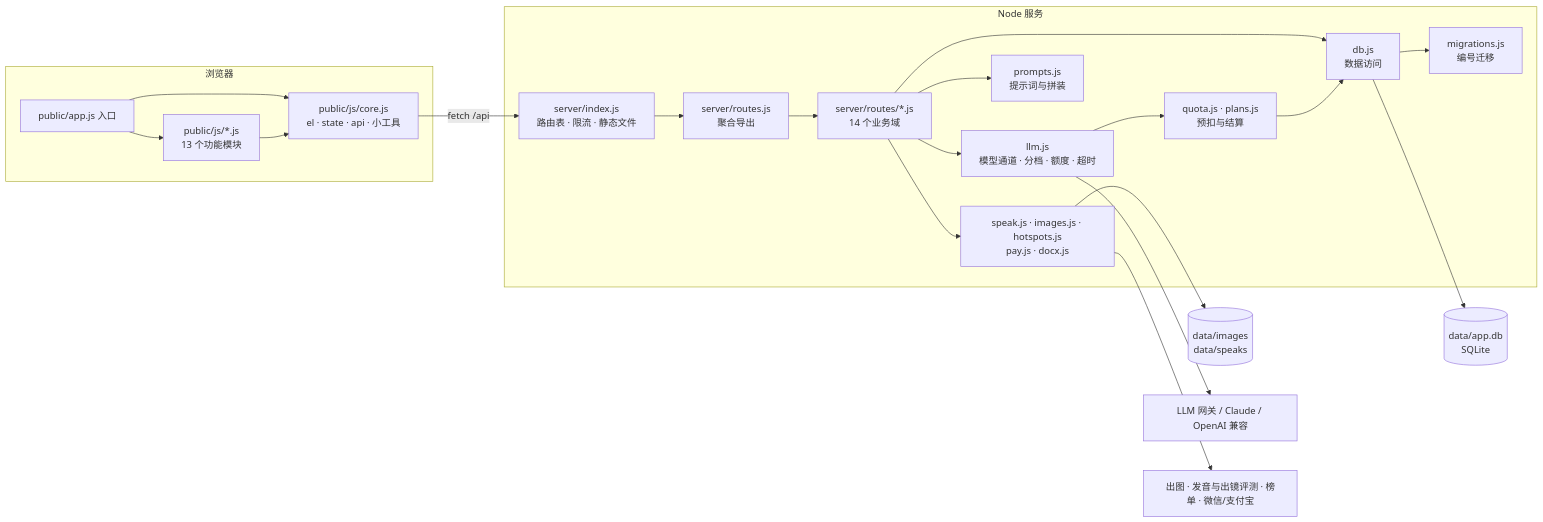
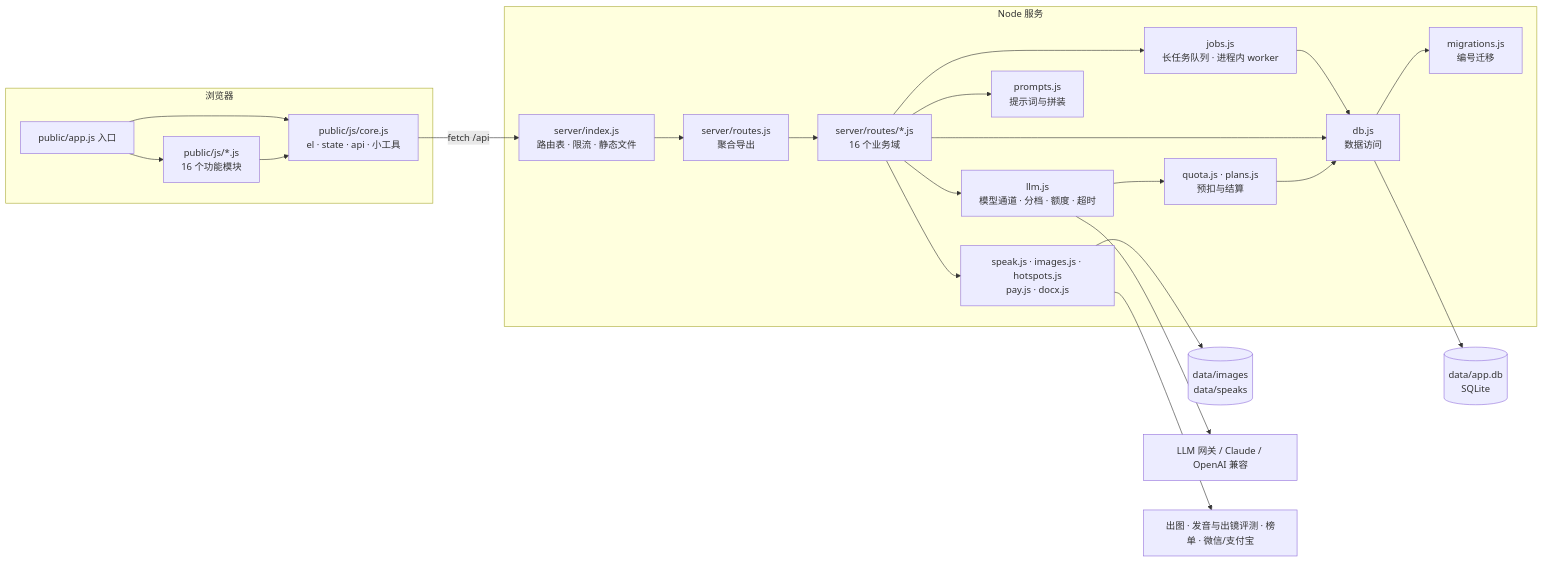
One commit to wjh2113/ip-studio changed the diagram in docs/ARCHITECTURE.md. Above: the diagram before and after it, drawn with Mermaid. The commit also changed other lines of this file and 20 other files, not shown here.

````diff
--- a/docs/ARCHITECTURE.md
+++ b/docs/ARCHITECTURE.md
@@ -7,24 +7,26 @@
 ```mermaid
 flowchart LR
   subgraph 浏览器
     A[public/app.js 入口] --> C[public/js/core.js<br/>el · state · api · 小工具]
-    A --> F[public/js/*.js<br/>13 个功能模块]
+    A --> F[public/js/*.js<br/>16 个功能模块]
     F --> C
   end
   subgraph Node 服务
     I[server/index.js<br/>路由表 · 限流 · 静态文件] --> R[server/routes.js<br/>聚合导出]
-    R --> RD[server/routes/*.js<br/>14 个业务域]
+    R --> RD[server/routes/*.js<br/>16 个业务域]
     RD --> L[llm.js<br/>模型通道 · 分档 · 额度 · 超时]
     RD --> P[prompts.js<br/>提示词与拼装]
     RD --> S[speak.js · images.js · hotspots.js<br/>pay.js · docx.js]
+    RD --> J[jobs.js<br/>长任务队列 · 进程内 worker]
+    J --> D
     L --> Q[quota.js · plans.js<br/>预扣与结算]
     RD --> D[db.js<br/>数据访问]
     Q --> D
     D --> M[migrations.js<br/>编号迁移]
   end
   C -- fetch /api --> I
   D --> DB[(data/app.db<br/>SQLite)]
   S --> FS[(data/images<br/>data/speaks)]
   L --> GW[LLM 网关 / Claude / OpenAI 兼容]
   S --> EXT[出图 · 发音与出镜评测 · 榜单 · 微信/支付宝]
 ```
````
